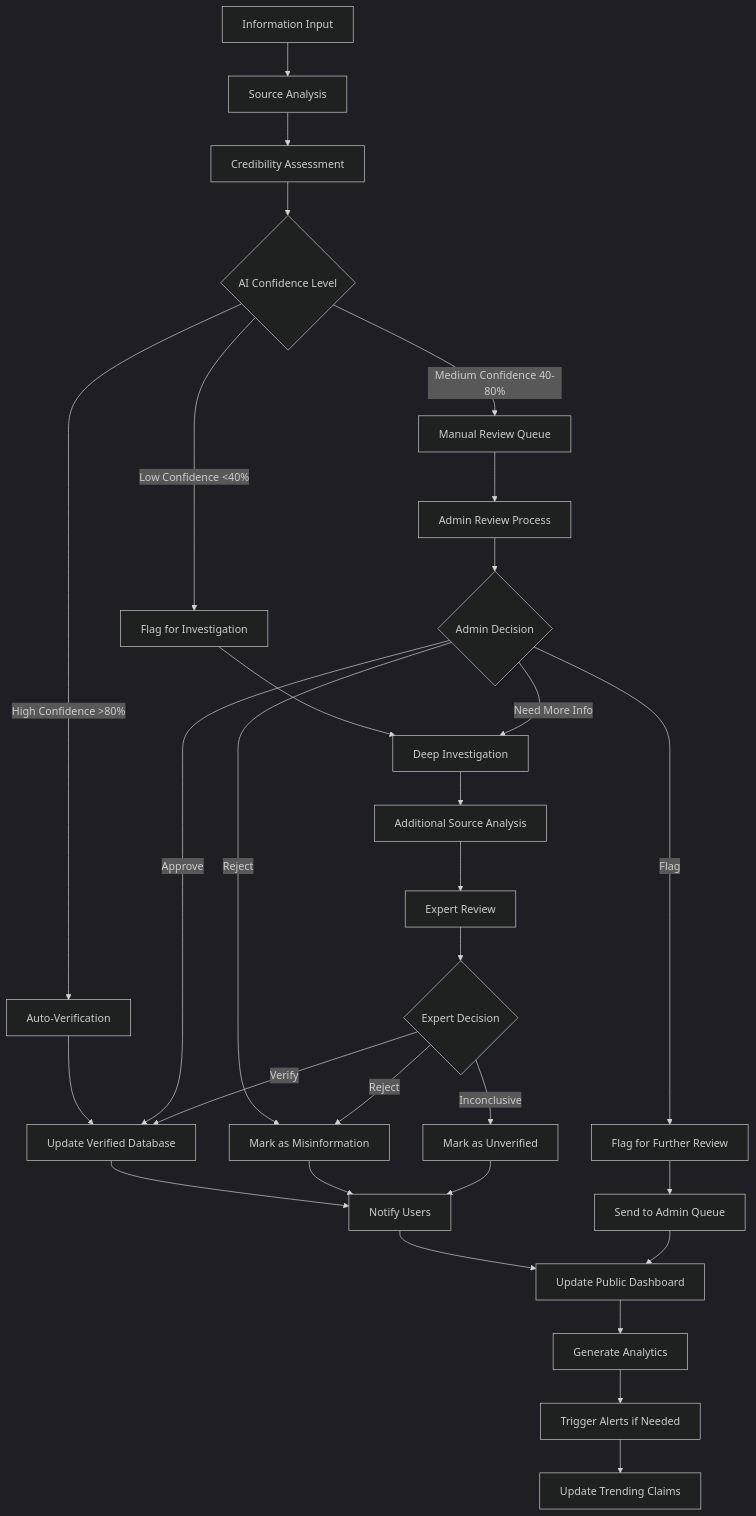
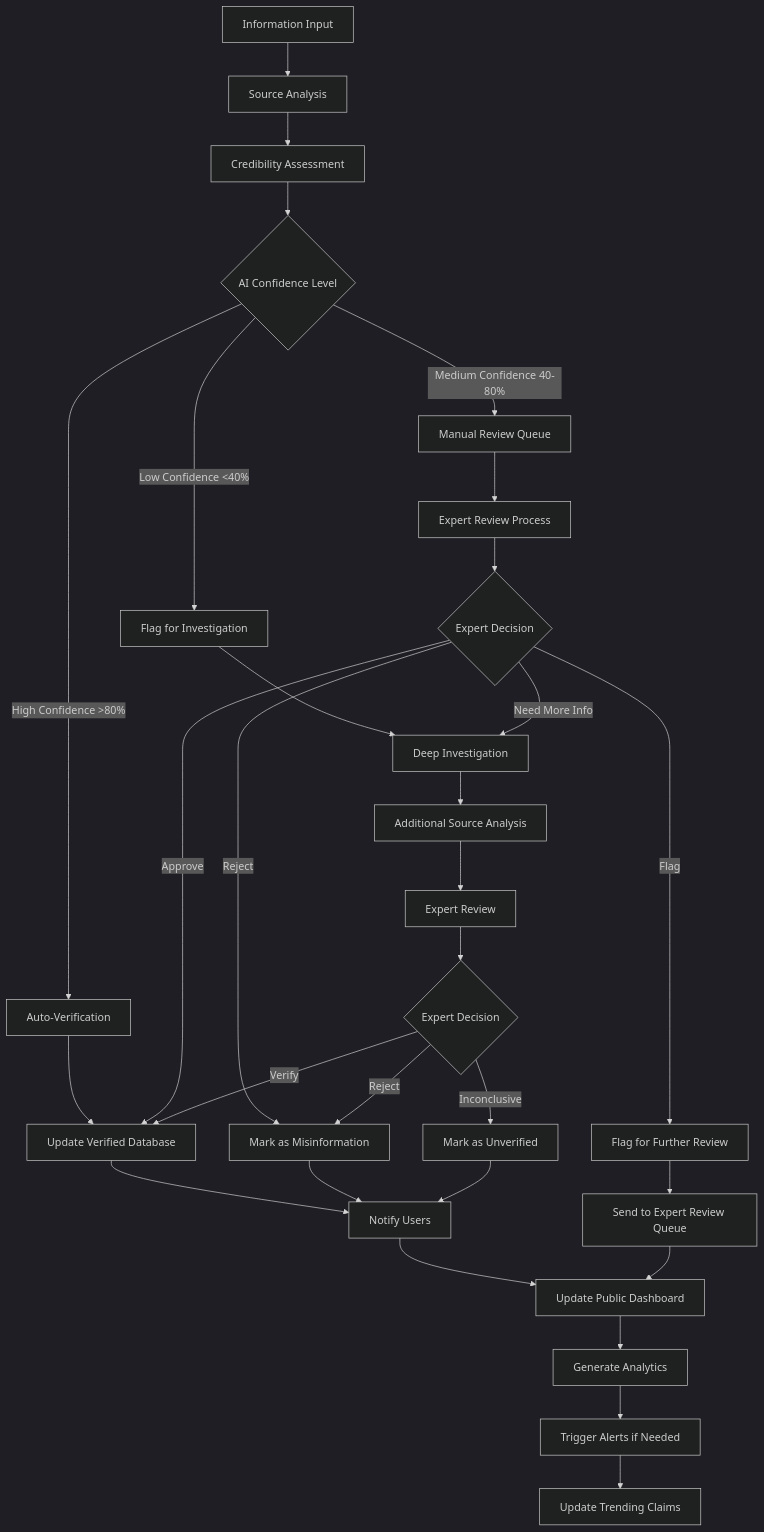
Before and after one commit to PMS61/Veritas: the second of 2 diagrams in VERITAS.md, drawn with Mermaid (dark theme). The commit also changed other lines of this file and 57 other files, not shown here.

````diff
--- a/VERITAS.md
+++ b/VERITAS.md
@@ -183,38 +100,38 @@
 ```mermaid
 flowchart TD
     A[Information Input] --> B[Source Analysis]
     B --> C[Credibility Assessment]
     C --> D{AI Confidence Level}
     
     D -->|High Confidence >80%| E[Auto-Verification]
     D -->|Medium Confidence 40-80%| F[Manual Review Queue]
     D -->|Low Confidence <40%| G[Flag for Investigation]
     
     E --> H[Update Verified Database]
-    F --> I[Admin Review Process]
+    F --> I[Expert Review Process]
     G --> J[Deep Investigation]
     
-    I --> K{Admin Decision}
+    I --> K{Expert Decision}
     K -->|Approve| H
     K -->|Reject| L[Mark as Misinformation]
     K -->|Flag| M[Flag for Further Review]
     K -->|Need More Info| J
     
     J --> N[Additional Source Analysis]
     N --> O[Expert Review]
     O --> P{Expert Decision}
     P -->|Verify| H
     P -->|Reject| L
     P -->|Inconclusive| Q[Mark as Unverified]
     
     H --> R[Notify Users]
     L --> R
-    M --> S[Send to Admin Queue]
+    M --> S[Send to Expert Review Queue]
     Q --> R
     
     R --> T[Update Public Dashboard]
     S --> T
     T --> U[Generate Analytics]
     U --> V[Trigger Alerts if Needed]
     V --> W[Update Trending Claims]
 ```
````
